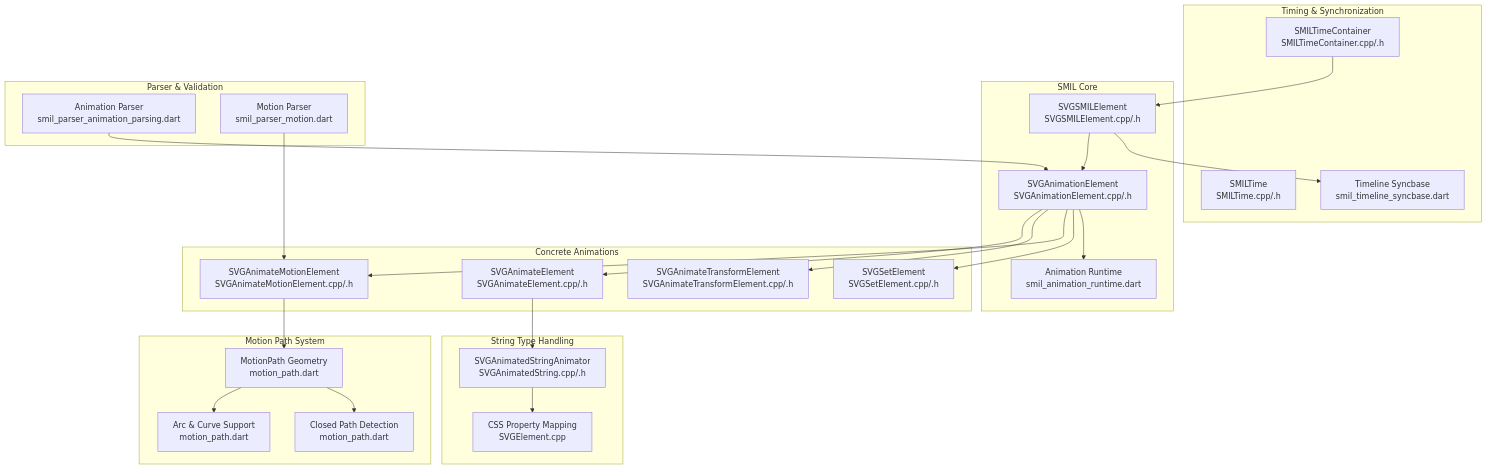
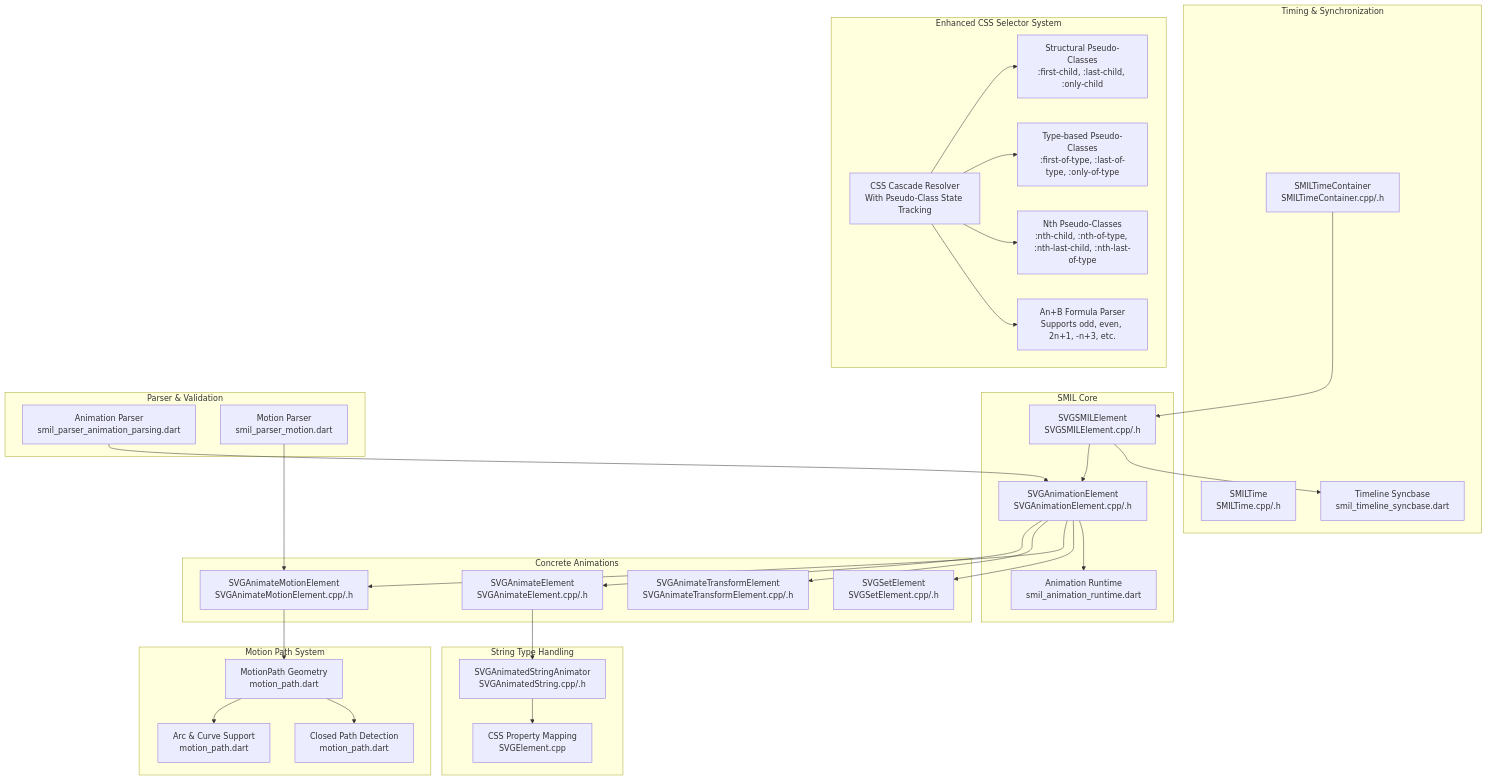
Before and after one commit to denisnadey/flutter_full_svg_support: the first of 14 diagrams in .qoder/repowiki/en/content/Animated SVG Support/SMIL Animation Specification/SMIL Animation Specification.md, drawn with Mermaid. The commit also changed other lines of this file and 25 other files, not shown here.

````diff
--- a/.qoder/repowiki/en/content/Animated SVG Support/SMIL Animation Specification/SMIL Animation Specification.md
+++ b/.qoder/repowiki/en/content/Animated SVG Support/SMIL Animation Specification/SMIL Animation Specification.md
@@ -73,47 +79,58 @@
 ```mermaid
 graph TB
 subgraph "Timing & Synchronization"
 T1["SMILTime<br/>SMILTime.cpp/.h"]
 T2["SMILTimeContainer<br/>SMILTimeContainer.cpp/.h"]
 TS["Timeline Syncbase<br/>smil_timeline_syncbase.dart"]
 end
 subgraph "SMIL Core"
 S1["SVGSMILElement<br/>SVGSMILElement.cpp/.h"]
 A1["SVGAnimationElement<br/>SVGAnimationElement.cpp/.h"]
 AR["Animation Runtime<br/>smil_animation_runtime.dart"]
+end
+subgraph "Enhanced CSS Selector System"
+CSS1["Structural Pseudo-Classes<br/>:first-child, :last-child, :only-child"]
+CSS2["Type-based Pseudo-Classes<br/>:first-of-type, :last-of-type, :only-of-type"]
+CSS3["Nth Pseudo-Classes<br/>:nth-child, :nth-of-type, :nth-last-child, :nth-last-of-type"]
+CSS4["An+B Formula Parser<br/>Supports odd, even, 2n+1, -n+3, etc."]
+CSS5["CSS Cascade Resolver<br/>With Pseudo-Class State Tracking"]
 end
 subgraph "Concrete Animations"
 E1["SVGAnimateElement<br/>SVGAnimateElement.cpp/.h"]
 E2["SVGAnimateTransformElement<br/>SVGAnimateTransformElement.cpp/.h"]
 E3["SVGAnimateMotionElement<br/>SVGAnimateMotionElement.cpp/.h"]
 E4["SVGSetElement<br/>SVGSetElement.cpp/.h"]
 end
 subgraph "String Type Handling"
 ST1["SVGAnimatedStringAnimator<br/>SVGAnimatedString.cpp/.h"]
 ST2["CSS Property Mapping<br/>SVGElement.cpp"]
 end
 subgraph "Parser & Validation"
 P1["Animation Parser<br/>smil_parser_animation_parsing.dart"]
 P2["Motion Parser<br/>smil_parser_motion.dart"]
 end
 subgraph "Motion Path System"
 MP1["MotionPath Geometry<br/>motion_path.dart"]
 MP2["Arc & Curve Support<br/>motion_path.dart"]
 MP3["Closed Path Detection<br/>motion_path.dart"]
 end
 T2 --> S1
 S1 --> A1
 A1 --> E1
 A1 --> E2
 A1 --> E3
 A1 --> E4
 E1 --> ST1
 ST1 --> ST2
 S1 --> TS
 A1 --> AR
 P1 --> A1
 P2 --> E3
 E3 --> MP1
 MP1 --> MP2
 MP1 --> MP3
+CSS5 --> CSS1
+CSS5 --> CSS2
+CSS5 --> CSS3
+CSS5 --> CSS4
 ```
````
